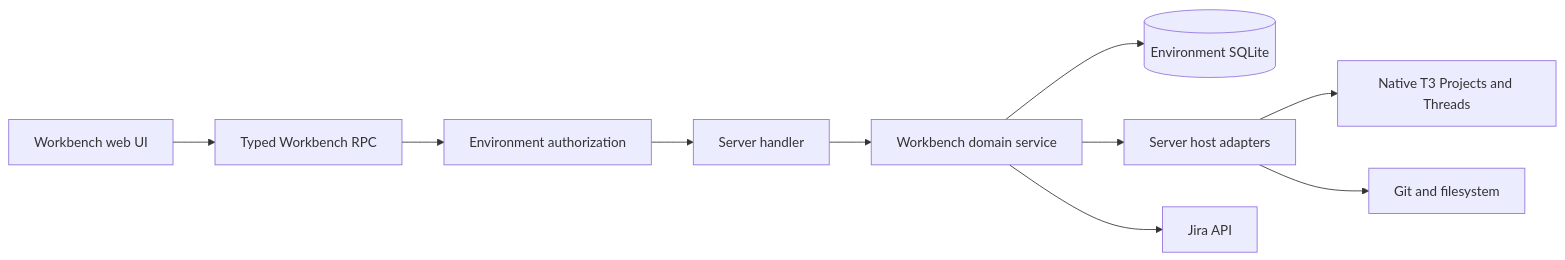
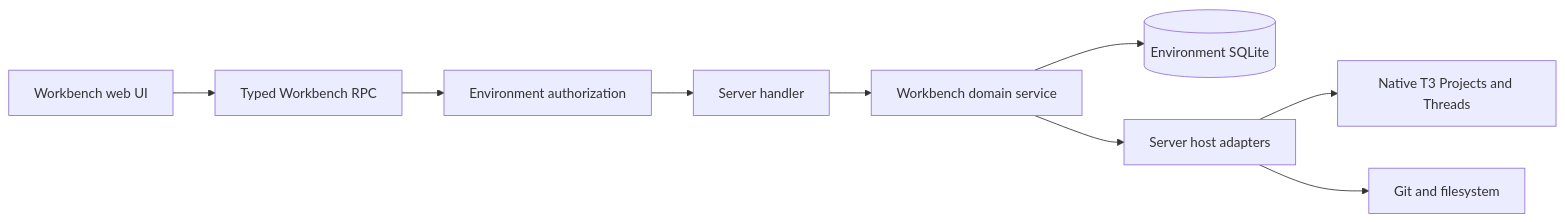
One commit to filipgutica/t3code changed the diagram in docs/internals/workbench-architecture.md. Above: the diagram before and after it, drawn with Mermaid. The commit also changed other lines of this file and 24 other files, not shown here.

````diff
--- a/docs/internals/workbench-architecture.md
+++ b/docs/internals/workbench-architecture.md
@@ -18,12 +18,11 @@
 ```mermaid
 flowchart LR
     UI[Workbench web UI] --> RPC[Typed Workbench RPC]
     RPC --> Auth[Environment authorization]
     Auth --> Handler[Server handler]
     Handler --> Domain[Workbench domain service]
     Domain --> DB[(Environment SQLite)]
     Domain --> Host[Server host adapters]
     Host --> Native[Native T3 Projects and Threads]
     Host --> Git[Git and filesystem]
-    Domain --> Jira[Jira API]
 ```
````
